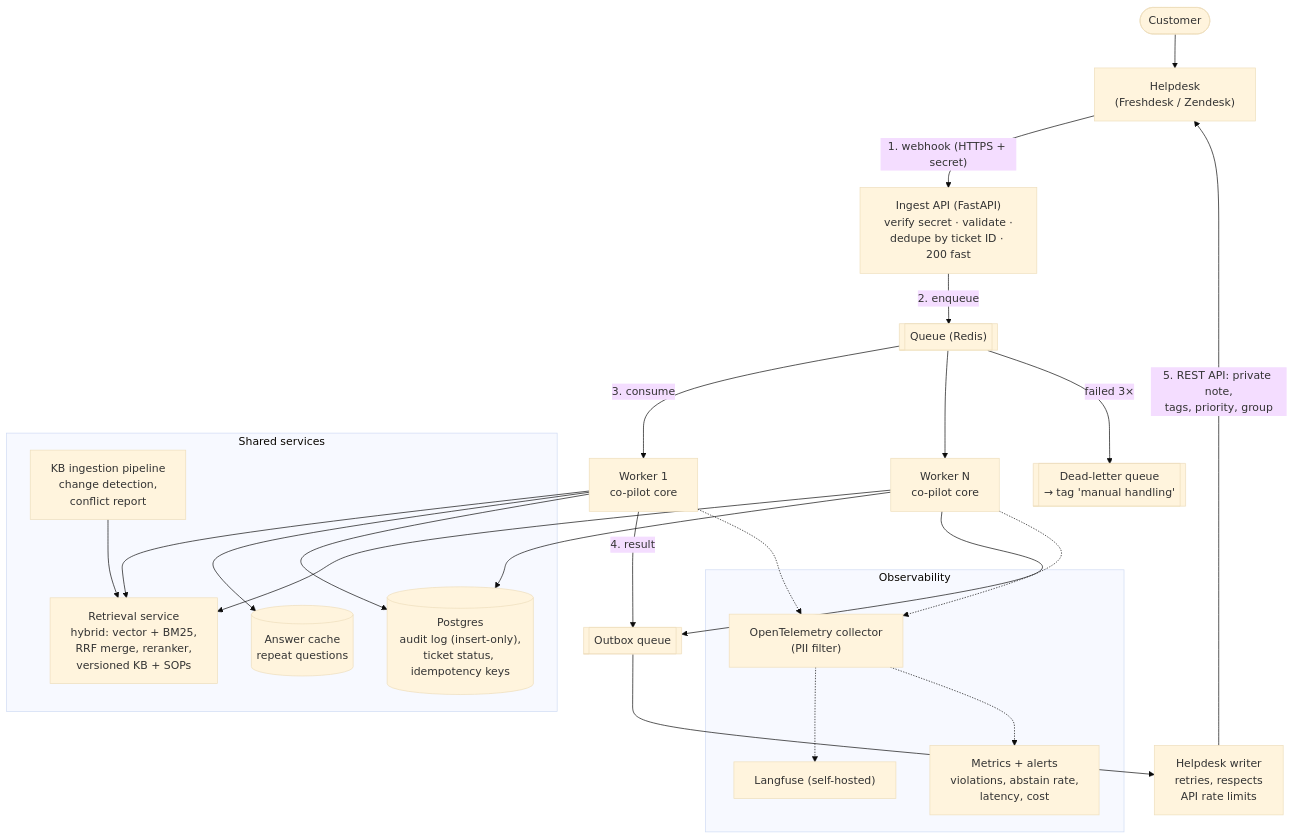
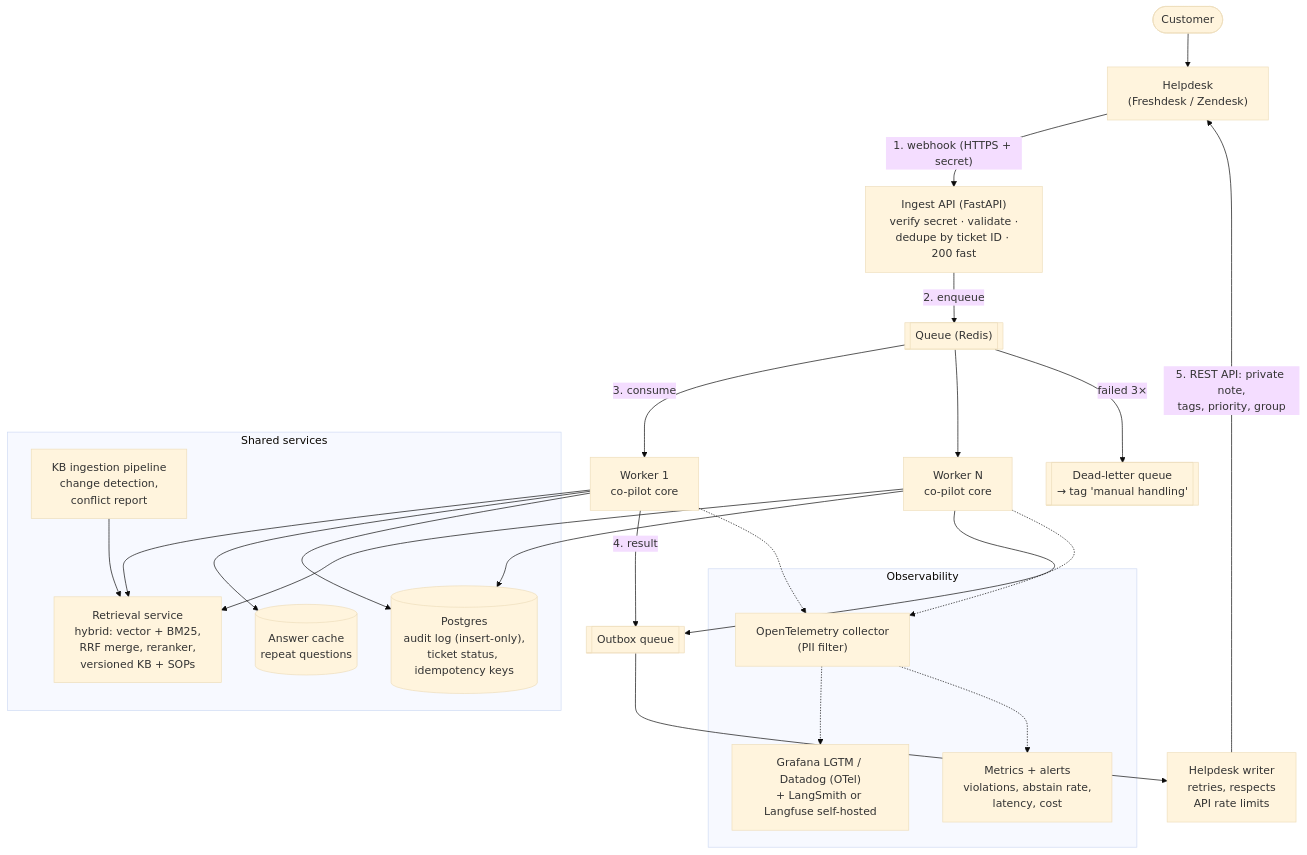
Diagram 12 of 13 in docs/ARCHITECTURE.md (mohabashraf/support-copilot), drawn with Mermaid (base theme) before and after one commit. The commit also changed other lines of this file and 18 other files, not shown here.

````diff
--- a/docs/ARCHITECTURE.md
+++ b/docs/ARCHITECTURE.md
@@ -409,38 +412,38 @@
 ```mermaid
 flowchart TB
     Customer(["Customer"]) --> HD["Helpdesk<br/>(Freshdesk / Zendesk)"]
     HD -->|"1. webhook (HTTPS + secret)"| API["Ingest API (FastAPI)<br/>verify secret · validate ·<br/>dedupe by ticket ID · 200 fast"]
     API -->|2. enqueue| Q[["Queue (Redis)"]]
     Q -->|3. consume| W1["Worker 1<br/>co-pilot core"]
     Q --> W2["Worker N<br/>co-pilot core"]
     Q -->|"failed 3×"| DLQ[["Dead-letter queue<br/>→ tag 'manual handling'"]]
 
     subgraph Shared["Shared services"]
         RET["Retrieval service<br/>hybrid: vector + BM25,<br/>RRF merge, reranker,<br/>versioned KB + SOPs"]
         CACHE[("Answer cache<br/>repeat questions")]
         DB[("Postgres<br/>audit log (insert-only),<br/>ticket status, idempotency keys")]
         ING["KB ingestion pipeline<br/>change detection,<br/>conflict report"]
     end
 
     W1 --> RET
     W1 --> CACHE
     W1 --> DB
     W2 --> RET
     W2 --> DB
     ING --> RET
 
     W1 -->|4. result| OUTQ[["Outbox queue"]]
     W2 --> OUTQ
     OUTQ --> WR["Helpdesk writer<br/>retries, respects<br/>API rate limits"]
     WR -->|"5. REST API: private note,<br/>tags, priority, group"| HD
 
     subgraph Obs["Observability"]
         OTEL["OpenTelemetry collector<br/>(PII filter)"]
-        LF["Langfuse (self-hosted)"]
+        LF["Grafana LGTM / Datadog (OTel)<br/>+ LangSmith or Langfuse self-hosted"]
         MET["Metrics + alerts<br/>violations, abstain rate,<br/>latency, cost"]
     end
     W1 -.-> OTEL
     W2 -.-> OTEL
     OTEL -.-> LF
     OTEL -.-> MET
 ```
````
